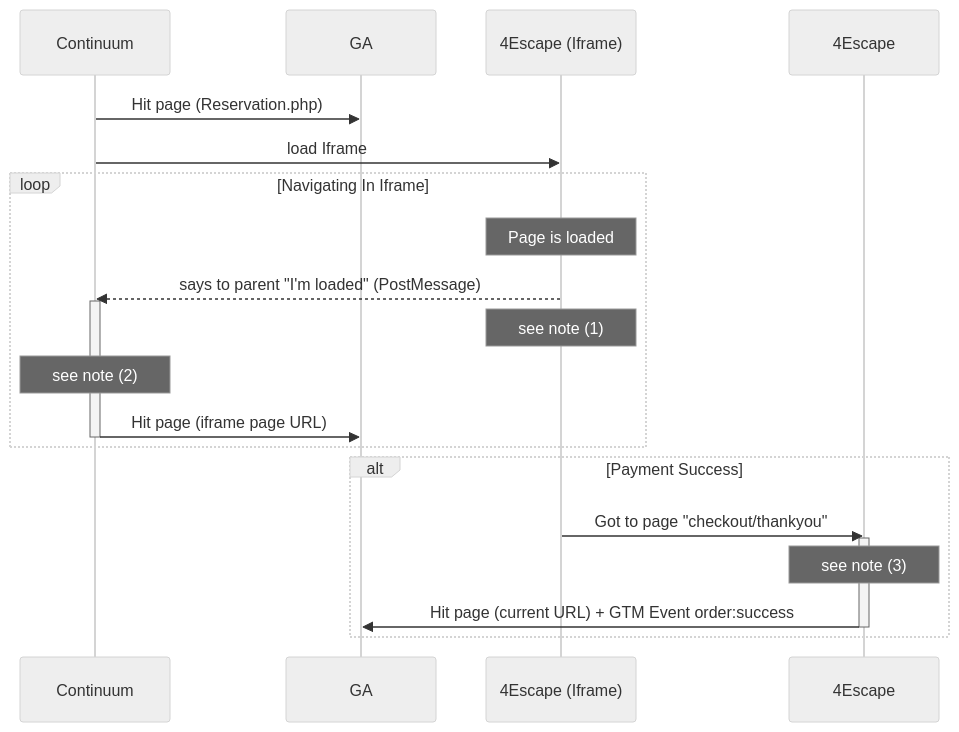
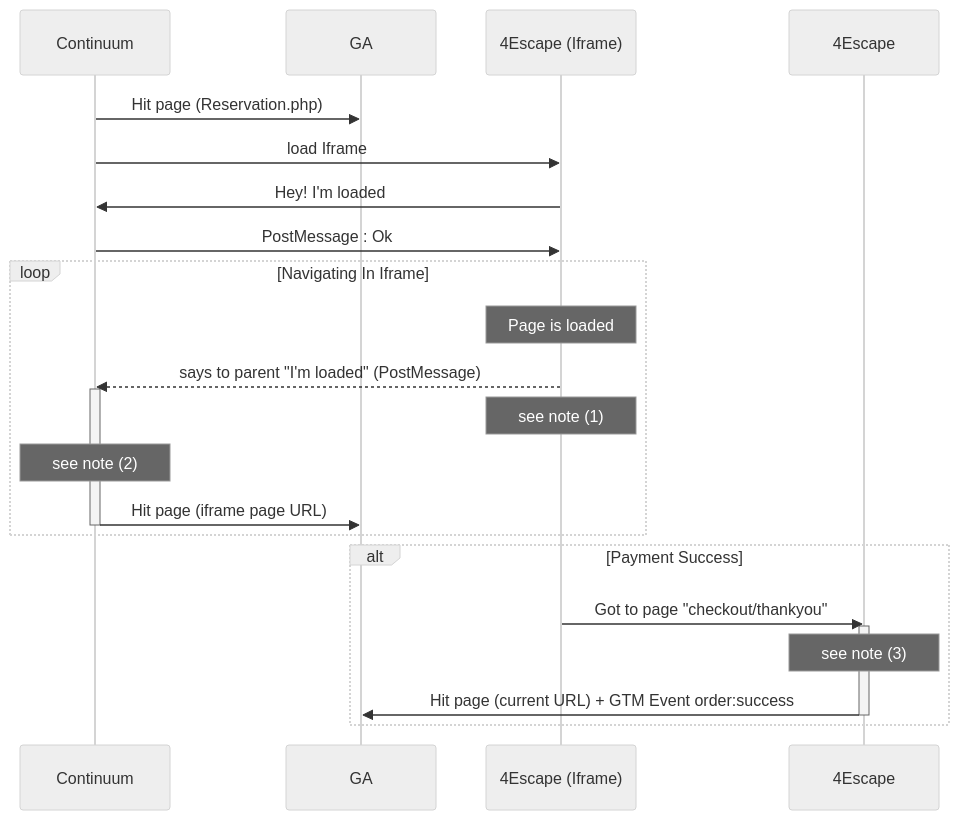
One commit to NansPellicari/stackEdit changed the diagram in doc/continuum/ClientId.md. Above: the diagram before and after it, drawn with Mermaid (neutral theme). The commit also changed other lines of this file, not shown here.

Commit message:
doc/continuum/ClientId.md updated from https://stackedit.io/

````diff
--- a/doc/continuum/ClientId.md
+++ b/doc/continuum/ClientId.md
@@ -16,41 +16,42 @@
 ```mermaid
 
 sequenceDiagram
 
 Continuum->>GA: Hit page (Reservation.php)
 
 Continuum->>4Escape (Iframe): load Iframe
-
+4Escape (Iframe)->>Continuum: Hey! I'm loaded
+Continuum->>4Escape (Iframe): PostMessage : Ok 
 loop Navigating In Iframe
 
 Note over 4Escape (Iframe): Page is loaded
 
 4Escape (Iframe)-->>Continuum: says to parent "I'm loaded" (PostMessage)
 
 activate Continuum
 
 Note over 4Escape (Iframe): see note (1)
 
 Note over Continuum: see note (2)
 
 Continuum->>GA: Hit page (iframe page URL)
 
 deactivate Continuum
 
 end
 
 alt Payment Success
 
 4Escape (Iframe)->>4Escape: Got to page "checkout/thankyou"
 
 activate 4Escape
 
 Note over 4Escape: see note (3)
 
 4Escape->>GA: Hit page (current URL) + GTM Event order:success
 
 deactivate 4Escape
 
 end
 
 ```
````
